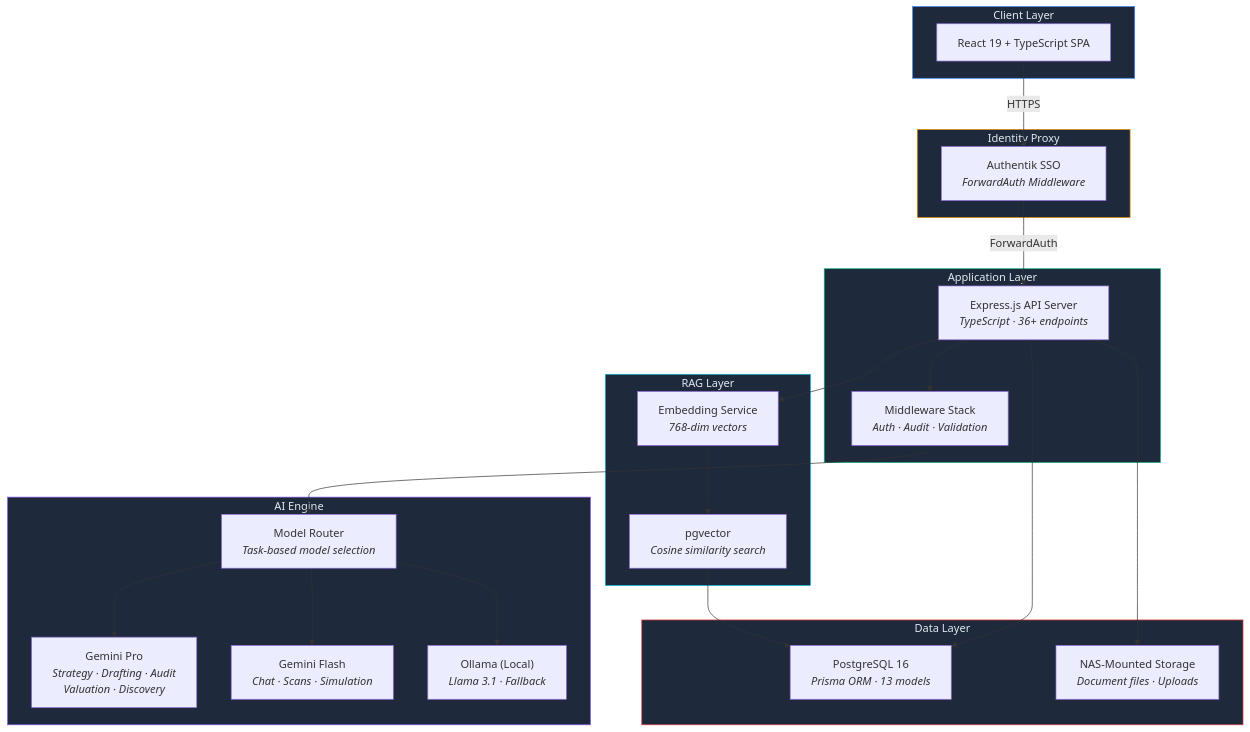
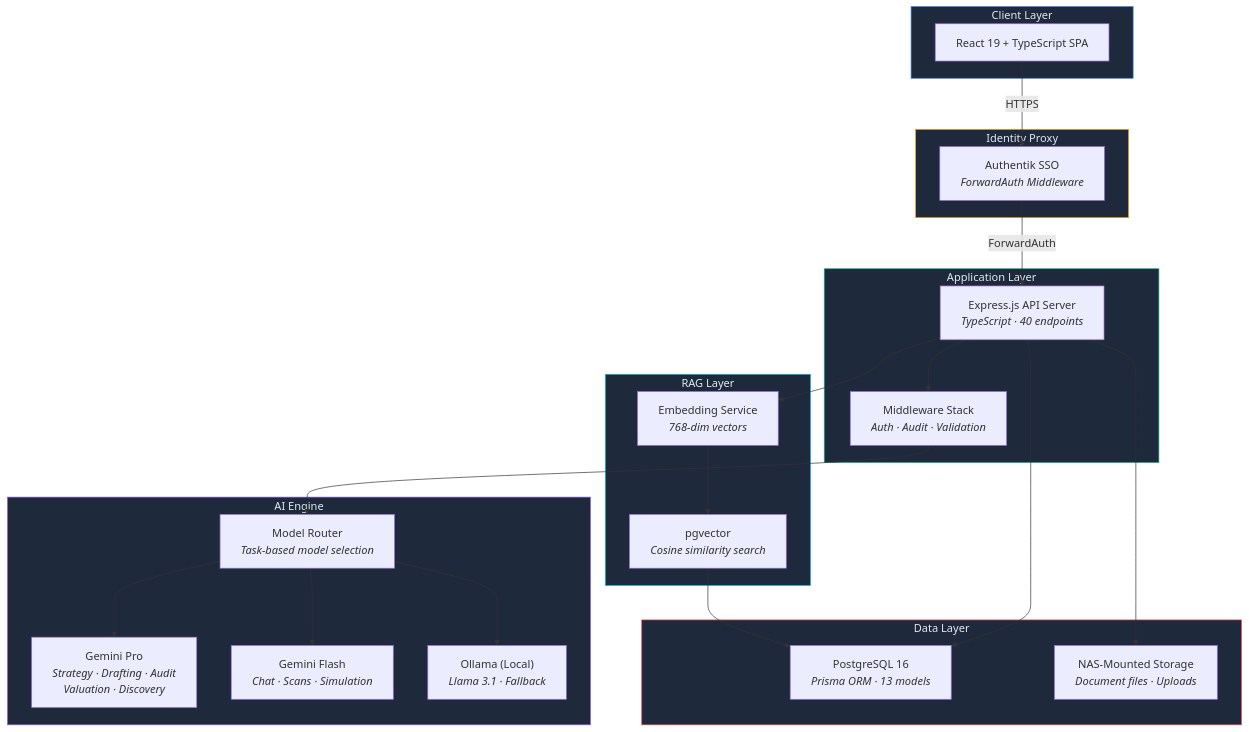
Before and after one commit to EolaFam1828/AetherLegalIntelligence: the first of 11 diagrams in ARCHITECTURE.md, drawn with Mermaid. The commit also changed other lines of this file and 2 other files, not shown here.

First line of the commit message:
Sync docs: 40 endpoints, Office doc support, calendar views, demo mode

````diff
--- a/ARCHITECTURE.md
+++ b/ARCHITECTURE.md
@@ -11,47 +11,47 @@
 ```mermaid
 flowchart TB
     subgraph CLIENT["Client Layer"]
         UI["React 19 + TypeScript SPA"]
     end
 
     subgraph EDGE["Identity Proxy"]
         AK["Authentik SSO<br/><i>ForwardAuth Middleware</i>"]
     end
 
     subgraph API["Application Layer"]
-        EX["Express.js API Server<br/><i>TypeScript · 36+ endpoints</i>"]
+        EX["Express.js API Server<br/><i>TypeScript · 40 endpoints</i>"]
         MW["Middleware Stack<br/><i>Auth · Audit · Validation</i>"]
     end
 
     subgraph AI["AI Engine"]
         RT["Model Router<br/><i>Task-based model selection</i>"]
         G3P["Gemini Pro<br/><i>Strategy · Drafting · Audit<br/>Valuation · Discovery</i>"]
         G3F["Gemini Flash<br/><i>Chat · Scans · Simulation</i>"]
         OL["Ollama (Local)<br/><i>Llama 3.1 · Fallback</i>"]
     end
 
     subgraph VECTOR["RAG Layer"]
         EMB["Embedding Service<br/><i>768-dim vectors</i>"]
         PGV["pgvector<br/><i>Cosine similarity search</i>"]
     end
 
     subgraph DATA["Data Layer"]
         PG["PostgreSQL 16<br/><i>Prisma ORM · 13 models</i>"]
         FS["NAS-Mounted Storage<br/><i>Document files · Uploads</i>"]
     end
 
     UI -->|HTTPS| AK
     AK -->|ForwardAuth| EX
     EX --> MW --> RT
     RT --> G3P & G3F & OL
     EX --> EMB --> PGV
     PGV --> PG
     EX --> PG & FS
 
     style CLIENT fill:#1e293b,stroke:#3b82f6,color:#e2e8f0
     style EDGE fill:#1e293b,stroke:#f59e0b,color:#e2e8f0
     style API fill:#1e293b,stroke:#10b981,color:#e2e8f0
     style AI fill:#1e293b,stroke:#8b5cf6,color:#e2e8f0
     style VECTOR fill:#1e293b,stroke:#06b6d4,color:#e2e8f0
     style DATA fill:#1e293b,stroke:#ef4444,color:#e2e8f0
 ```
````
